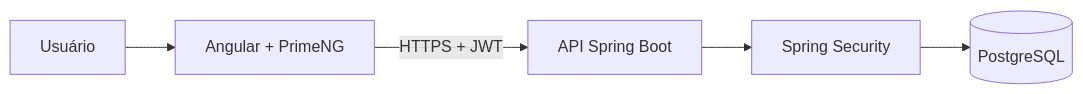
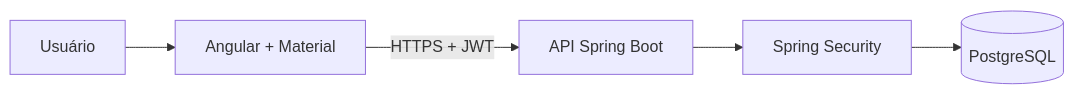
The diagram in README.md (josegabrielprgm/finora), drawn with Mermaid before and after one commit. The commit also changed other lines of this file and 1 other file, not shown here.

Commit message:
docs: atualiza documentação para Angular Material

````diff
--- a/README.md
+++ b/README.md
@@ -62,7 +62,7 @@
 ```mermaid
 flowchart LR
-    U[Usuário] --> F[Angular + PrimeNG]
+    U[Usuário] --> F[Angular + Material]
     F -- "HTTPS + JWT" --> B[API Spring Boot]
     B --> S[Spring Security]
     S --> D[(PostgreSQL)]
 ```
````
